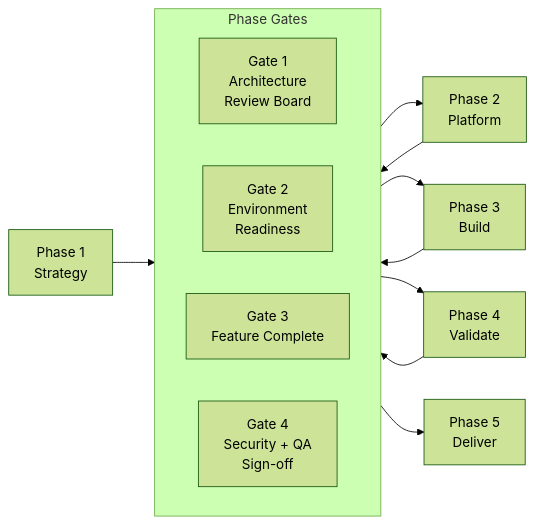
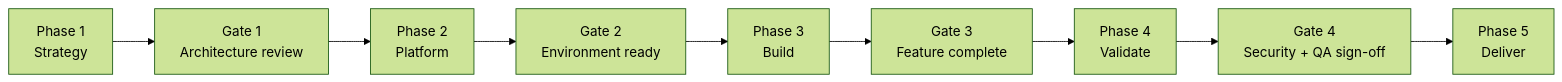
The fifth of 9 diagrams in docs/architecture/system-architecture.md (TheArchitectit/agent-guardrails-template), drawn with Mermaid (forest theme) before and after one commit. The commit also changed other lines of this file and 15 other files, not shown here.

First line of the commit message:
docs: rewrite architecture doc under 500 lines with corrected facts

````diff
--- a/docs/architecture/system-architecture.md
+++ b/docs/architecture/system-architecture.md
@@ -331,16 +141,7 @@
 ```mermaid
 flowchart LR
-    subgraph Gates["Phase Gates"]
-        direction LR
-
-        G1["Gate 1<br/>Architecture<br/>Review Board"]
-        G2["Gate 2<br/>Environment<br/>Readiness"]
-        G3["Gate 3<br/>Feature Complete"]
-        G4["Gate 4<br/>Security + QA<br/>Sign-off"]
-    end
-
-    P1["Phase 1<br/>Strategy"] --> G1 --> P2["Phase 2<br/>Platform"]
-    P2 --> G2 --> P3["Phase 3<br/>Build"]
-    P3 --> G3 --> P4["Phase 4<br/>Validate"]
-    P4 --> G4 --> P5["Phase 5<br/>Deliver"]
+    P1["Phase 1<br/>Strategy"] --> G1["Gate 1<br/>Architecture review"] --> P2["Phase 2<br/>Platform"]
+    P2 --> G2["Gate 2<br/>Environment ready"] --> P3["Phase 3<br/>Build"]
+    P3 --> G3["Gate 3<br/>Feature complete"] --> P4["Phase 4<br/>Validate"]
+    P4 --> G4["Gate 4<br/>Security + QA sign-off"] --> P5["Phase 5<br/>Deliver"]
 ```
````
